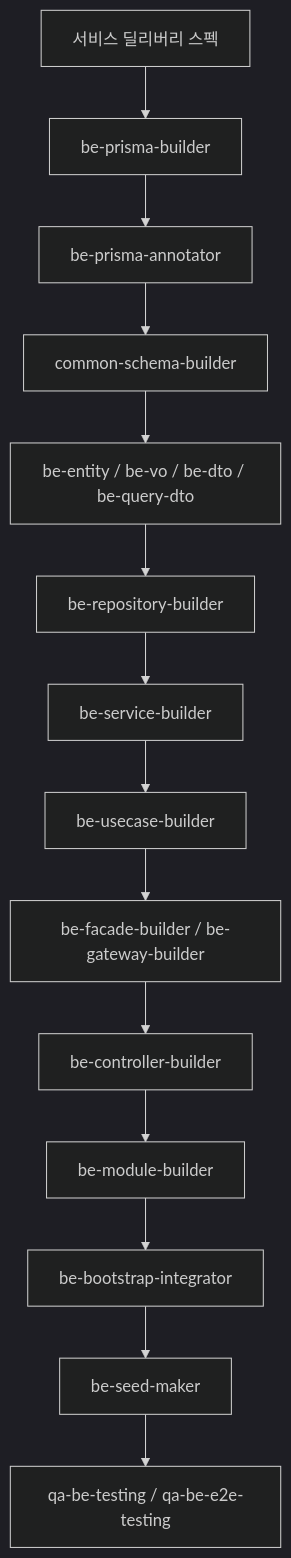
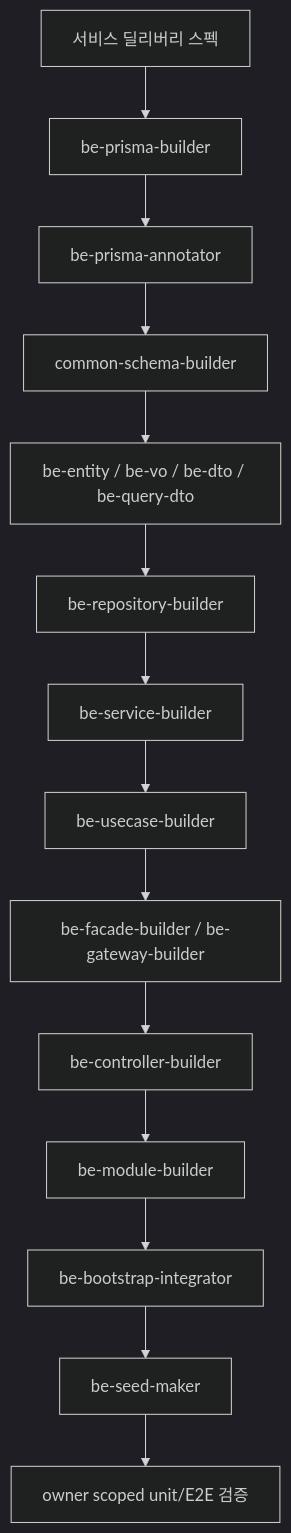
The fourth of 6 diagrams in docs/orchestration-agent-relationship-flow.md (kimjoongwon/prj-core), drawn with Mermaid (dark theme) before and after one commit. The commit also changed other lines of this file and 413 other files, not shown here.

````diff
--- a/docs/orchestration-agent-relationship-flow.md
+++ b/docs/orchestration-agent-relationship-flow.md
@@ -219,16 +220,16 @@
 ```mermaid
 flowchart TD
   Spec["서비스 딜리버리 스펙"] --> P["be-prisma-builder"]
   P --> PA["be-prisma-annotator"]
   PA --> S["common-schema-builder"]
   S --> M["be-entity / be-vo / be-dto / be-query-dto"]
   M --> R["be-repository-builder"]
   R --> SV["be-service-builder"]
   SV --> UC["be-usecase-builder"]
   UC --> F["be-facade-builder / be-gateway-builder"]
   F --> C["be-controller-builder"]
   C --> MOD["be-module-builder"]
   MOD --> BOOT["be-bootstrap-integrator"]
   BOOT --> SEED["be-seed-maker"]
-  SEED --> QA["qa-be-testing / qa-be-e2e-testing"]
+  SEED --> Verify["owner scoped unit/E2E 검증"]
 ```
````
